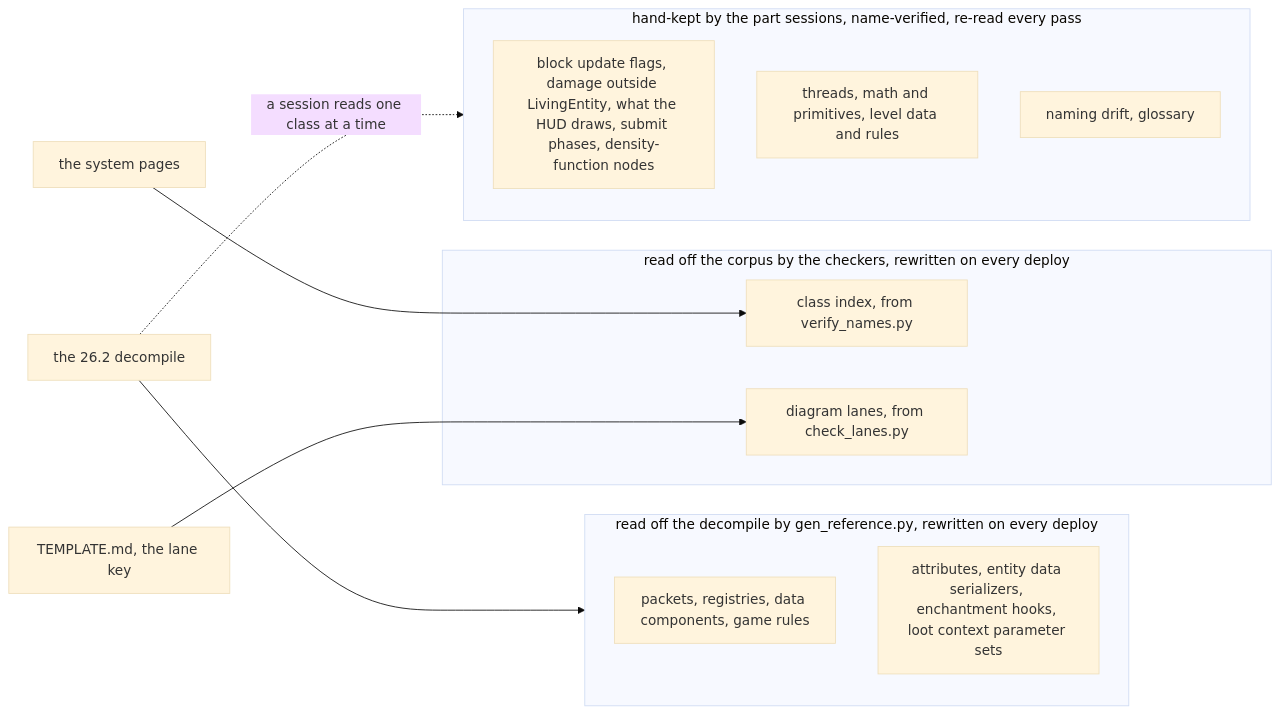
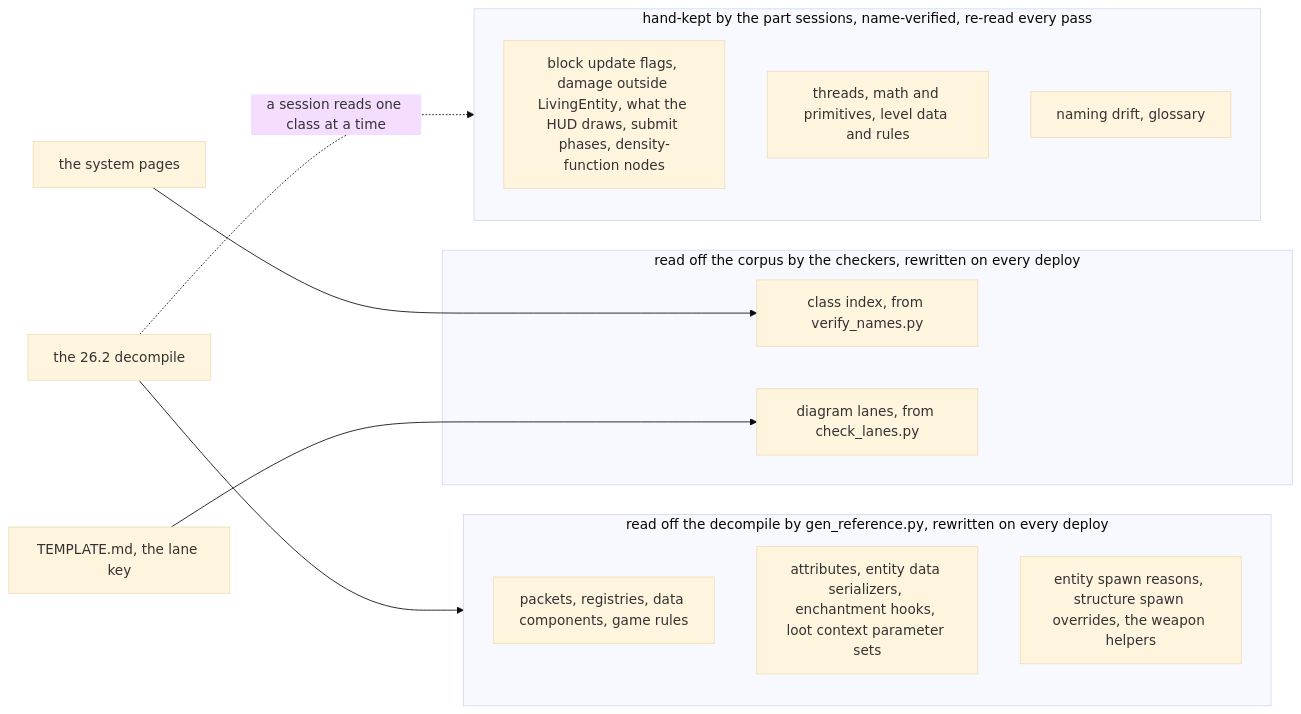
One commit to AlexanderjFraser/MinecraftDocs changed the diagram in src/reference/README.md. Above: the diagram before and after it, drawn with Mermaid (base theme). The commit also changed other lines of this file and 36 other files, not shown here.

````diff
--- a/src/reference/README.md
+++ b/src/reference/README.md
@@ -16,23 +18,24 @@
 ```mermaid
 flowchart LR
     D["the 26.2 decompile"]
     P["the system pages"]
     T["TEMPLATE.md, the lane key"]
     subgraph G["read off the decompile by gen_reference.py, rewritten on every deploy"]
         G1["packets, registries, data components, game rules"]
         G2["attributes, entity data serializers, enchantment hooks, loot context parameter sets"]
+        G3["entity spawn reasons, structure spawn overrides, the weapon helpers"]
     end
     subgraph I["read off the corpus by the checkers, rewritten on every deploy"]
         I1["class index, from verify_names.py"]
         I2["diagram lanes, from check_lanes.py"]
     end
     subgraph H["hand-kept by the part sessions, name-verified, re-read every pass"]
         H1["block update flags, damage outside LivingEntity, what the HUD draws, submit phases, density-function nodes"]
         H2["threads, math and primitives, level data and rules"]
         H3["naming drift, glossary"]
     end
     D --> G
     P --> I1
     T --> I2
     D -. "a session reads one class at a time" .-> H
 ```
````
